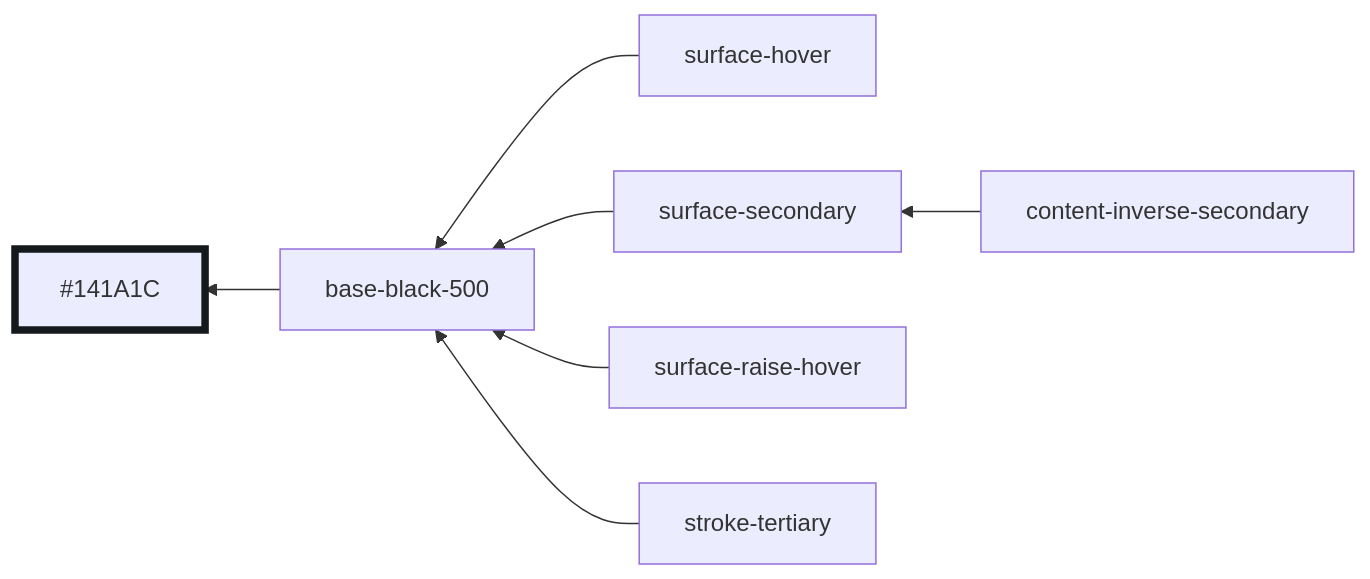
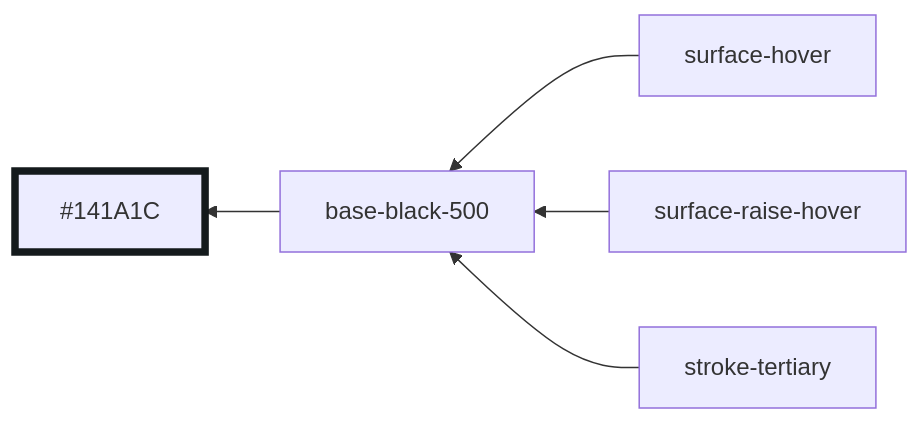
One commit to oxidecomputer/console changed diagram 27 of 30 in libs/ui/styles/themes/operator-mode.md. Above: the diagram before and after it, drawn with Mermaid. The commit also changed other lines of this file and 3 other files, not shown here.

````diff
--- a/libs/ui/styles/themes/operator-mode.md
+++ b/libs/ui/styles/themes/operator-mode.md
@@ -340,11 +342,9 @@
 ```mermaid
 graph RL
   base-black-500 --> #141A1C:::base-black-500
   surface-hover --> base-black-500
-  surface-secondary --> base-black-500
   surface-raise-hover --> base-black-500
-  content-inverse-secondary --> surface-secondary
   stroke-tertiary --> base-black-500
 
   classDef base-black-500 stroke-width:5,stroke:#141A1C
 ```
````
